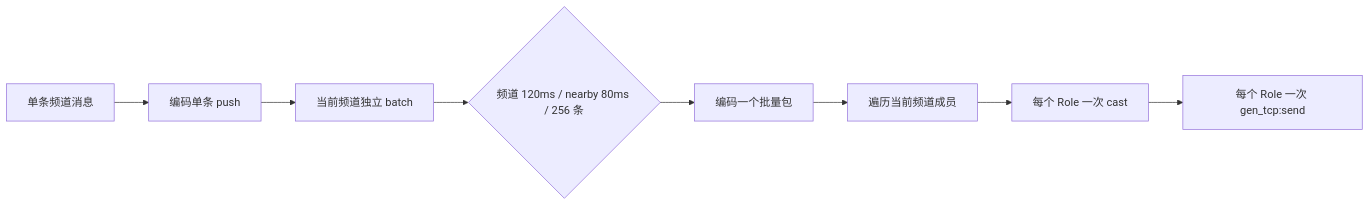
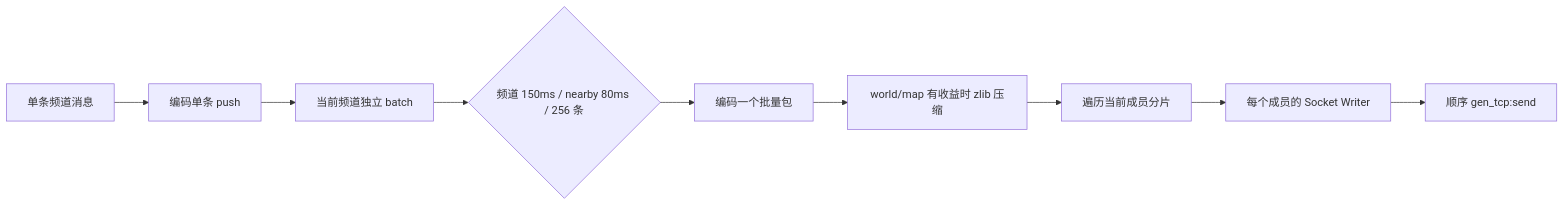
The sixth of 6 diagrams in docs/Chat V1.3 设计文档.md (chrison18/erlang-game-chat-server), drawn with Mermaid before and after one commit. The commit also changed other lines of this file and 21 other files, not shown here.

First line of the commit message:
feat(v1.3): 完成多地图聊天与万客户端容量改造

````diff
--- a/docs/Chat V1.3 设计文档.md
+++ b/docs/Chat V1.3 设计文档.md
@@ -246,10 +255,11 @@
 ```mermaid
 flowchart LR
     Message[单条频道消息] --> Encode[编码单条 push]
     Encode --> Buffer[当前频道独立 batch]
-    Buffer --> Gate{频道 120ms / nearby 80ms / 256 条}
+    Buffer --> Gate{频道 150ms / nearby 80ms / 256 条}
     Gate --> Batch[编码一个批量包]
-    Batch --> Members[遍历当前频道成员]
-    Members --> Role[每个 Role 一次 cast]
-    Role --> TCP[每个 Role 一次 gen_tcp:send]
+    Batch --> Compress[world/map 有收益时 zlib 压缩]
+    Compress --> Members[遍历当前成员分片]
+    Members --> Writer[每个成员的 Socket Writer]
+    Writer --> TCP[顺序 gen_tcp:send]
 ```
````
